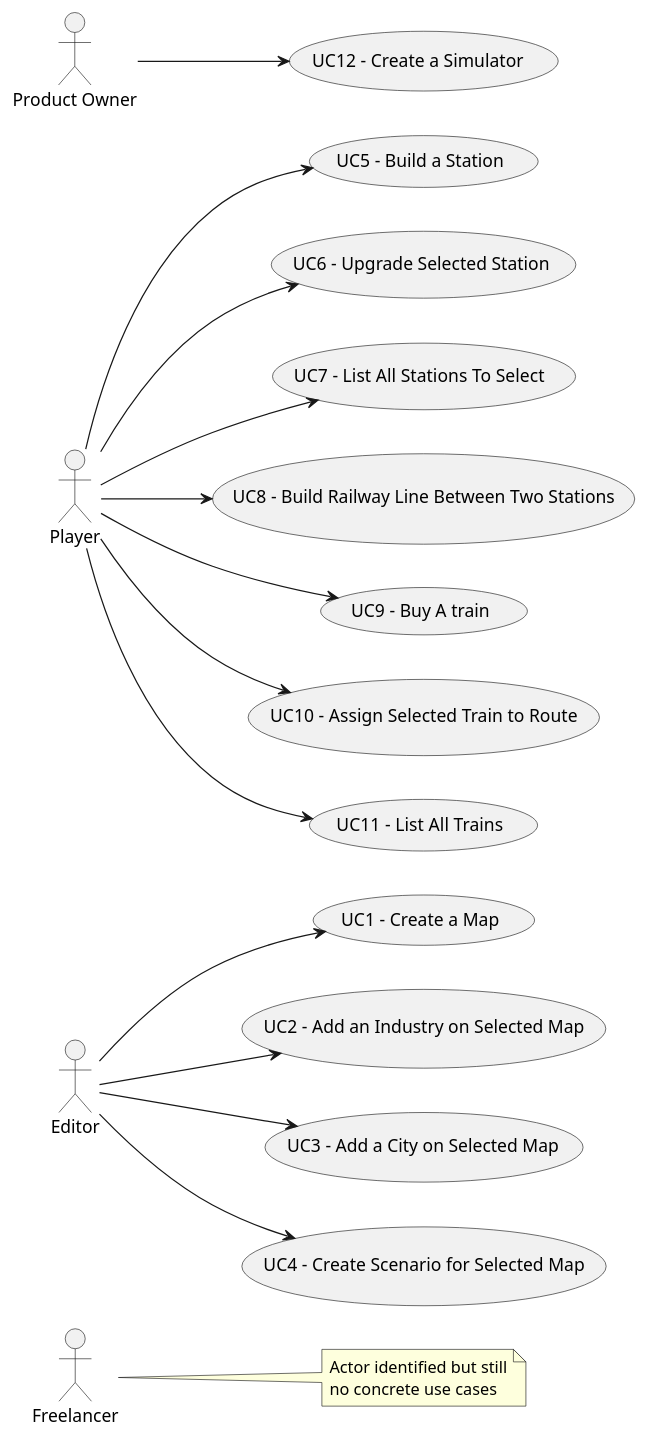
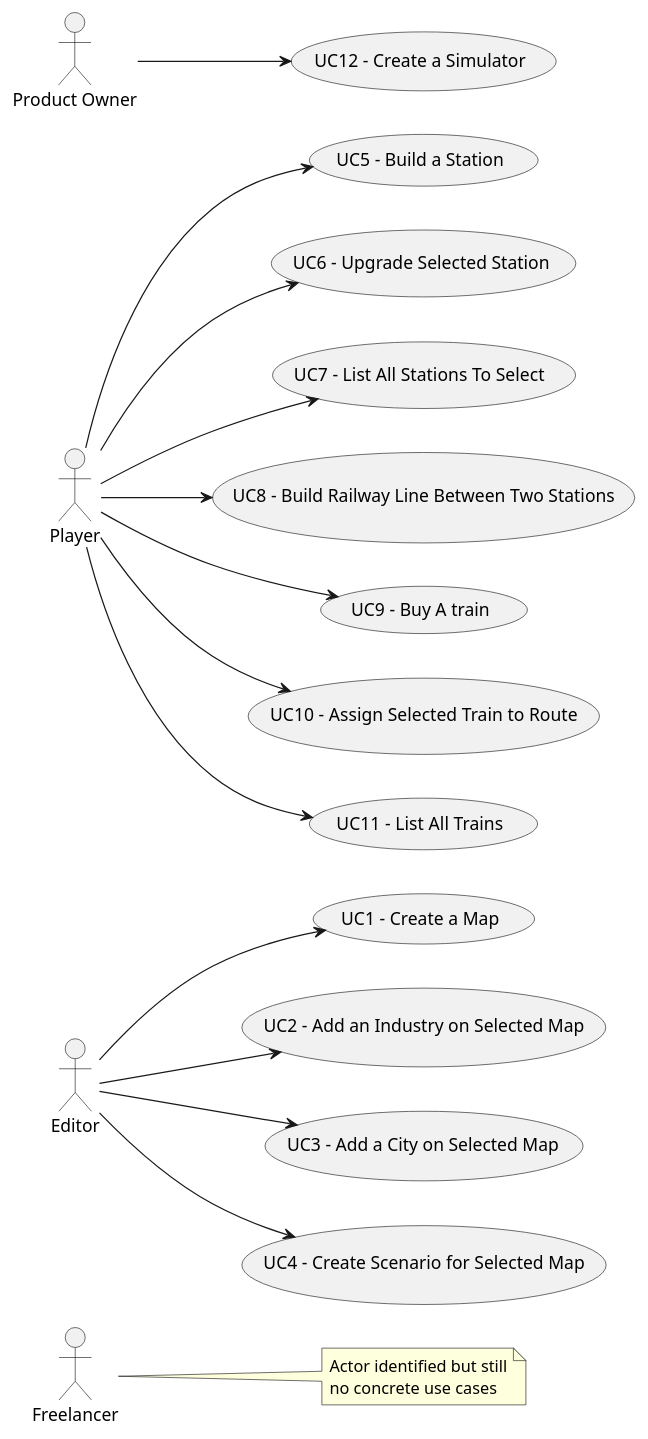
Before and after one commit to tomas-reis/sem2-pi-24.25-g153-repo: the diagram in docs/system-documentation/global-artifacts/01.requirements-engineering/puml/use-case-diagram.puml, drawn with PlantUML. The commit also changed 23 other files, not shown here.

```diff
--- a/docs/system-documentation/global-artifacts/01.requirements-engineering/puml/use-case-diagram.puml
+++ b/docs/system-documentation/global-artifacts/01.requirements-engineering/puml/use-case-diagram.puml
@@ -1,48 +1,48 @@
 @startuml
 'skinparam monochrome true
 skinparam packageStyle rectangle
 'skinparam shadowing false
 
 'title Use Case Diagram Example
 
 left to right direction
 
 actor Freelancer
 actor "Editor" as Editor
 actor "Player" as Player
 actor "Product Owner" as ProductOwner
 
 
 
 note right of Freelancer
     Actor identified but still
     no concrete use cases
 end note
 
 usecase "UC1 - Create a Map" as UC1
 Editor --> UC1
 usecase "UC2 - Add an Industry on Selected Map" as UC2
 Editor --> UC2
 usecase "UC3 - Add a City on Selected Map" as UC3
 Editor --> UC3
 usecase "UC4 - Create Scenario for Selected Map" as UC4
 Editor --> UC4
 usecase "UC5 - Build a Station" as UC5
 Player --> UC5
 usecase "UC6 - Upgrade Selected Station" as UC6
 Player --> UC6
 usecase "UC7 - List All Stations To Select " as UC7
 Player --> UC7
 usecase "UC8 - Build Railway Line Between Two Stations" as UC8
 Player --> UC8
 usecase "UC9 - Buy A train" as UC9
 Player --> UC9
 usecase "UC10 - Assign Selected Train to Route" as UC10
 Player --> UC10
 usecase "UC11 - List All Trains" as UC11
 Player --> UC11
-usecase "UC12 - Create a Simulator " as UC12
+usecase "UC12 - Create a Simulator" as UC12
 ProductOwner --> UC12
 
 
 @enduml
```
